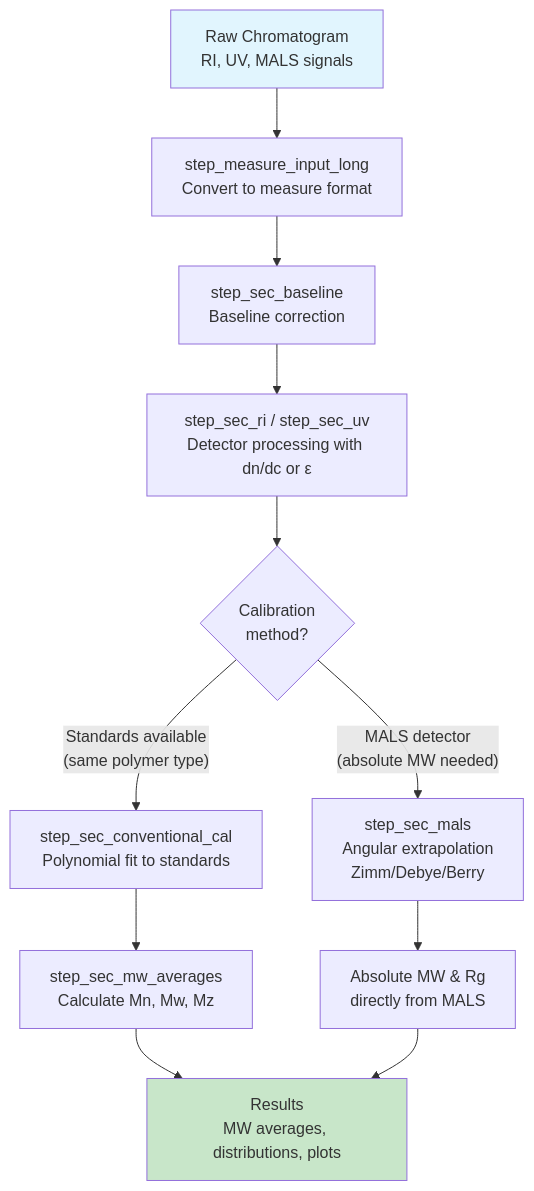
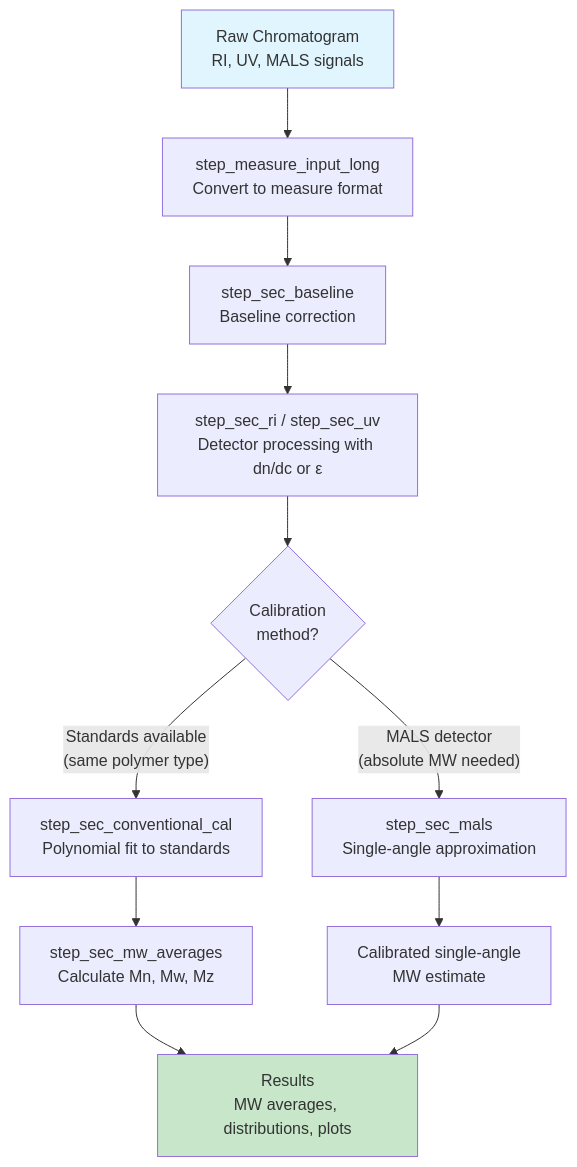
Before and after one commit to JamesHWade/measure.sec: the diagram in vignettes/getting-started.Rmd, drawn with Mermaid. The commit also changed other lines of this file and 25 other files, not shown here.

First line of the commit message:
Correct calibrated SEC calculations and scattering assumptions (#61)

````diff
--- a/vignettes/getting-started.Rmd
+++ b/vignettes/getting-started.Rmd
@@ -83,16 +83,16 @@
 ```mermaid
 flowchart TD
     A[Raw Chromatogram<br>RI, UV, MALS signals] --> B[step_measure_input_long<br>Convert to measure format]
     B --> C[step_sec_baseline<br>Baseline correction]
     C --> D[step_sec_ri / step_sec_uv<br>Detector processing with dn/dc or ε]
     D --> E{Calibration<br>method?}
     E -->|"Standards available<br>(same polymer type)"| F[step_sec_conventional_cal<br>Polynomial fit to standards]
-    E -->|"MALS detector<br>(absolute MW needed)"| G[step_sec_mals<br>Angular extrapolation<br>Zimm/Debye/Berry]
+    E -->|"MALS detector<br>(absolute MW needed)"| G[step_sec_mals<br>Single-angle approximation]
     F --> H[step_sec_mw_averages<br>Calculate Mn, Mw, Mz]
-    G --> I[Absolute MW & Rg<br>directly from MALS]
+    G --> I[Calibrated single-angle<br>MW estimate]
     H --> J[Results<br>MW averages, distributions, plots]
     I --> J
 
     style A fill:#e1f5fe
     style J fill:#c8e6c9
 ```
````
